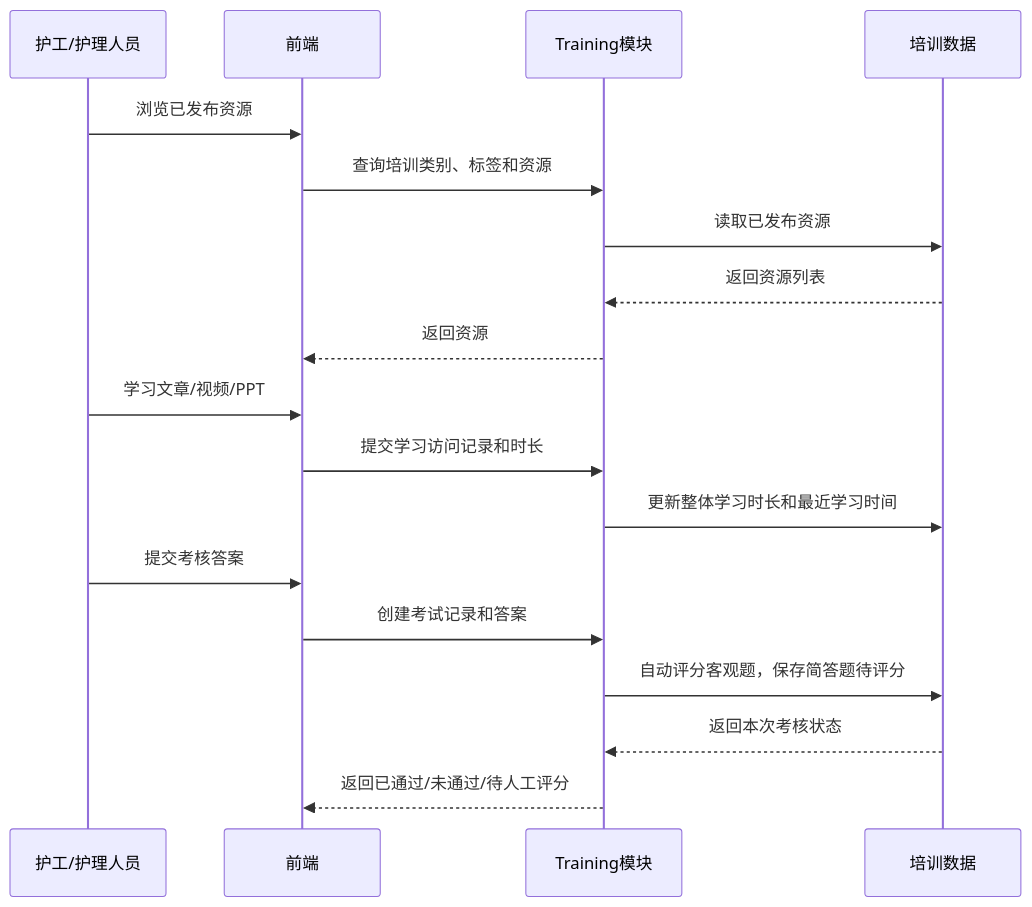
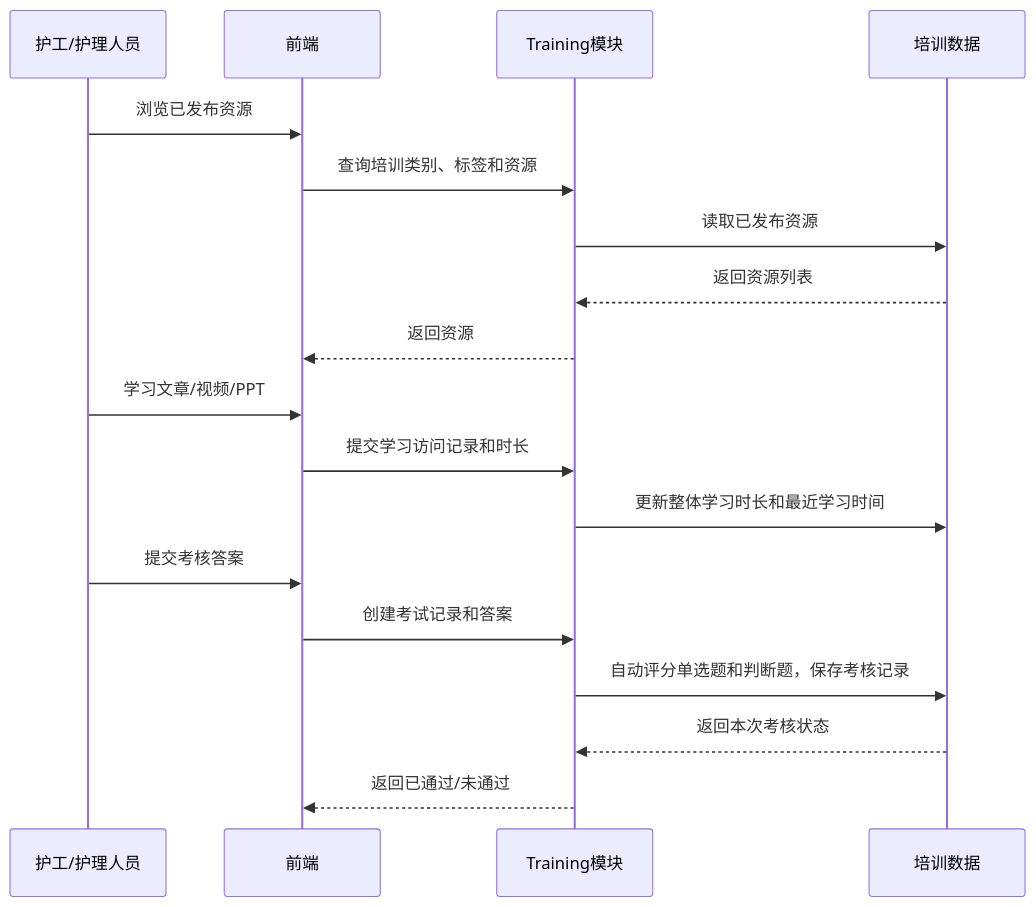
Before and after one commit to thesantaana/Care-Nexus: the fourth of 9 diagrams in docs/design/系统分析与设计模型.md, drawn with Mermaid. The commit also changed 91 other files, not shown here.

````diff
--- a/docs/design/系统分析与设计模型.md
+++ b/docs/design/系统分析与设计模型.md
@@ -210,20 +210,20 @@
 ```mermaid
 sequenceDiagram
     participant C as 护工/护理人员
     participant FE as 前端
     participant Train as Training模块
     participant DB as 培训数据
     C->>FE: 浏览已发布资源
     FE->>Train: 查询培训类别、标签和资源
     Train->>DB: 读取已发布资源
     DB-->>Train: 返回资源列表
     Train-->>FE: 返回资源
     C->>FE: 学习文章/视频/PPT
     FE->>Train: 提交学习访问记录和时长
     Train->>DB: 更新整体学习时长和最近学习时间
     C->>FE: 提交考核答案
     FE->>Train: 创建考试记录和答案
-    Train->>DB: 自动评分客观题，保存简答题待评分
+    Train->>DB: 自动评分单选题和判断题，保存考核记录
     DB-->>Train: 返回本次考核状态
-    Train-->>FE: 返回已通过/未通过/待人工评分
+    Train-->>FE: 返回已通过/未通过
 ```
````
